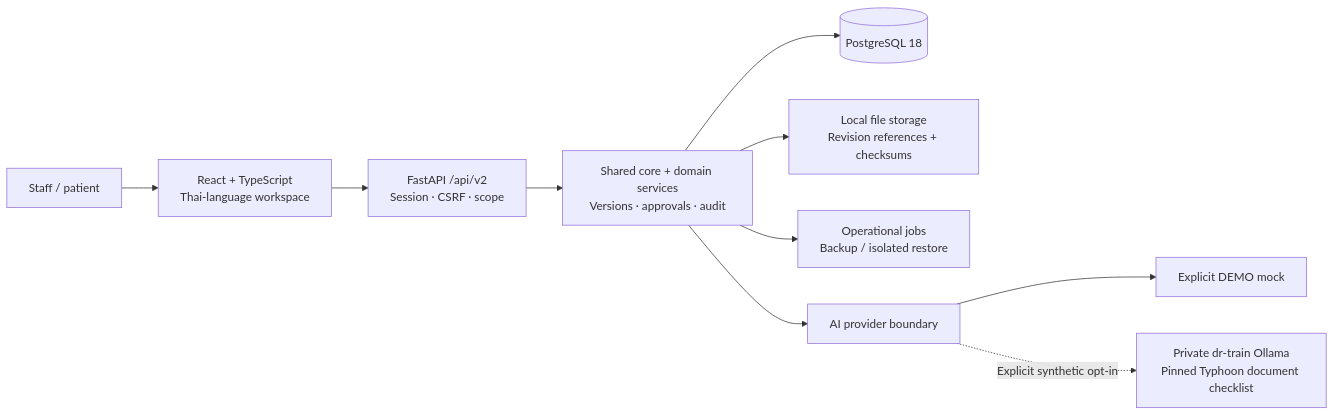
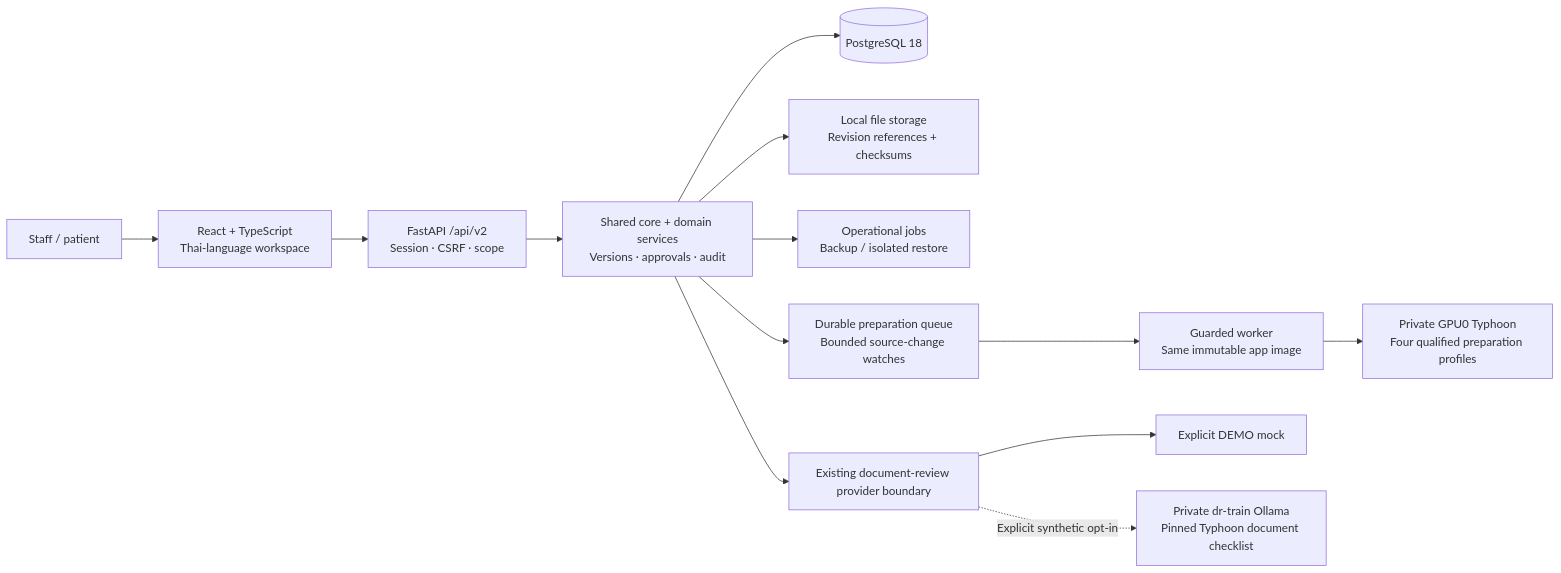
Before and after one commit to siriponsri/his-poc: the diagram in README.md, drawn with Mermaid. The commit also changed other lines of this file and 22 other files, not shown here.

````diff
--- a/README.md
+++ b/README.md
@@ -71,12 +71,15 @@
 ```mermaid
 flowchart LR
     User["Staff / patient"] --> Web["React + TypeScript<br/>Thai-language workspace"]
     Web --> API["FastAPI /api/v2<br/>Session · CSRF · scope"]
     API --> Services["Shared core + domain services<br/>Versions · approvals · audit"]
     Services --> PG[("PostgreSQL 18")]
     Services --> Files["Local file storage<br/>Revision references + checksums"]
     Services --> Jobs["Operational jobs<br/>Backup / isolated restore"]
-    Services --> AI["AI provider boundary"]
+    Services --> Queue["Durable preparation queue<br/>Bounded source-change watches"]
+    Queue --> Worker["Guarded worker<br/>Same immutable app image"]
+    Worker --> Prepare["Private GPU0 Typhoon<br/>Four qualified preparation profiles"]
+    Services --> AI["Existing document-review provider boundary"]
     AI --> Mock["Explicit DEMO mock"]
     AI -. "Explicit synthetic opt-in" .-> Typhoon["Private dr-train Ollama<br/>Pinned Typhoon document checklist"]
 ```
````
